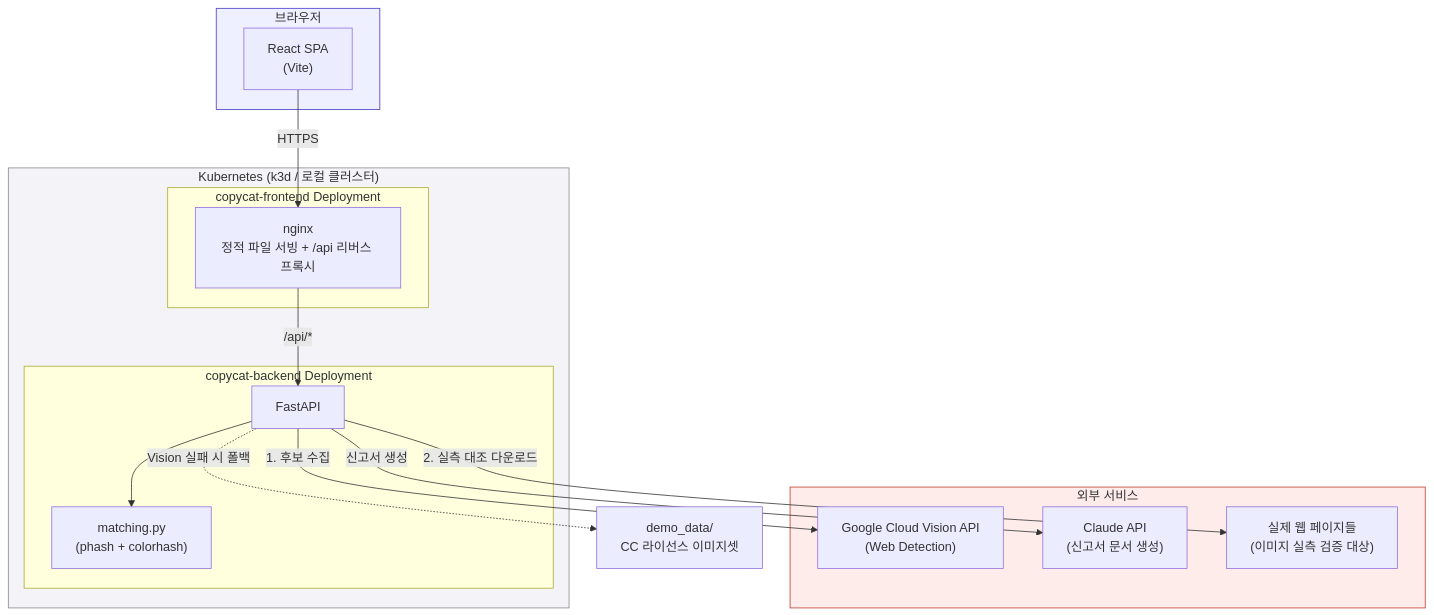
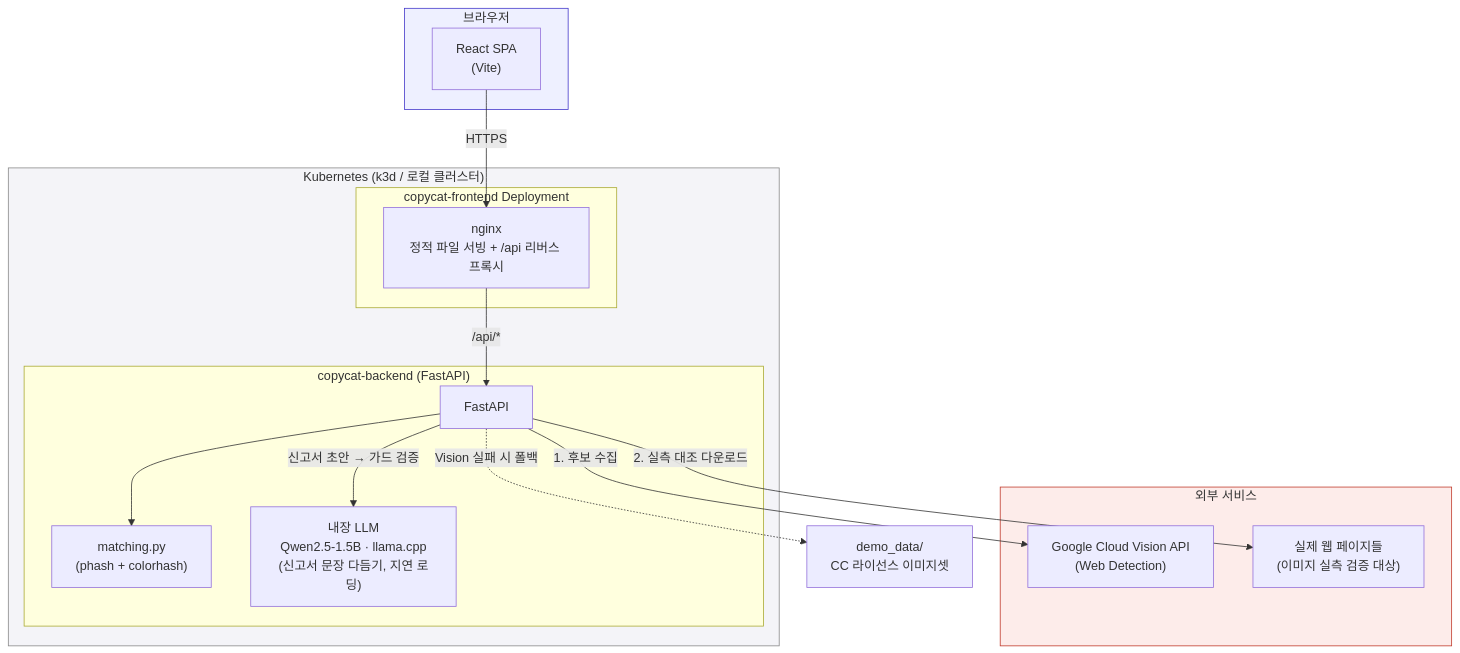
One commit to BcKmini/copycat-watch changed the diagram in README.md. Above: the diagram before and after it, drawn with Mermaid. The commit also changed other lines of this file and 1 other file, not shown here.

First line of the commit message:
Update README and DEPLOY for local LLM and Cloud Run

````diff
--- a/README.md
+++ b/README.md
@@ -86,34 +115,34 @@
 ```mermaid
 flowchart TB
     subgraph Client["브라우저"]
         UI["React SPA<br/>(Vite)"]
     end
 
     subgraph K8s["Kubernetes (k3d / 로컬 클러스터)"]
         subgraph FrontendPod["copycat-frontend Deployment"]
             Nginx["nginx<br/>정적 파일 서빙 + /api 리버스 프록시"]
         end
-        subgraph BackendPod["copycat-backend Deployment"]
+        subgraph BackendPod["copycat-backend (FastAPI)"]
             API["FastAPI"]
             Match["matching.py<br/>(phash + colorhash)"]
+            LLM["내장 LLM<br/>Qwen2.5-1.5B · llama.cpp<br/>(신고서 문장 다듬기, 지연 로딩)"]
         end
     end
 
     subgraph External["외부 서비스"]
         Vision["Google Cloud Vision API<br/>(Web Detection)"]
-        Claude["Claude API<br/>(신고서 문서 생성)"]
         Web["실제 웹 페이지들<br/>(이미지 실측 검증 대상)"]
     end
 
     UI -->|"HTTPS"| Nginx
     Nginx -->|"/api/*"| API
     API -->|"1. 후보 수집"| Vision
     API -->|"2. 실측 대조 다운로드"| Web
     API --> Match
-    API -->|"신고서 생성"| Claude
+    API -->|"신고서 초안 → 가드 검증"| LLM
     API -.->|"Vision 실패 시 폴백"| DemoData["demo_data/<br/>CC 라이선스 이미지셋"]
 
     style Client fill:#eef0ff,stroke:#4338ca
     style K8s fill:#f4f4f8,stroke:#888
     style External fill:#fdecea,stroke:#c0392b
 ```
````
